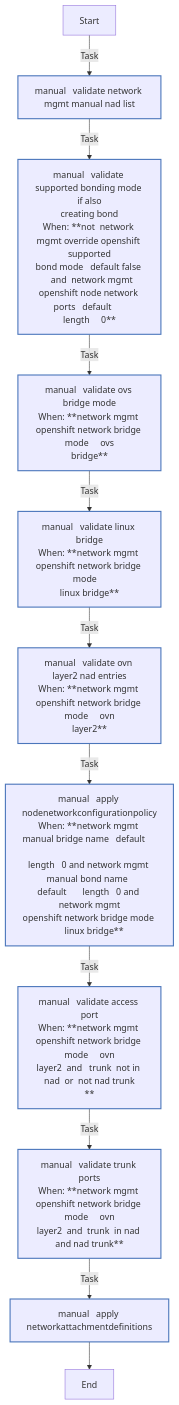
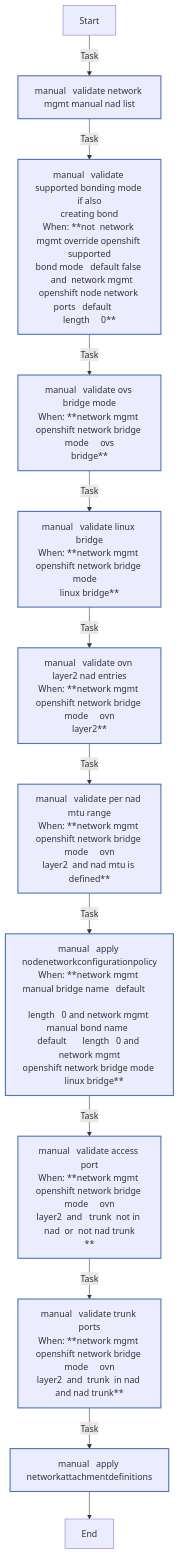
Before and after one commit to redhat-cop/openshift_virtualization_migration: the eighth of 9 diagrams in roles/network_mgmt/README.md, drawn with Mermaid. The commit also changed other lines of this file and 5 other files, not shown here.

Commit message:
feat: nad ovn layer2 mtu (#85)

````diff
--- a/roles/network_mgmt/README.md
+++ b/roles/network_mgmt/README.md
@@ -352,23 +385,24 @@
 ```mermaid
 flowchart TD
 Start
 classDef block stroke:#3498db,stroke-width:2px;
 classDef task stroke:#4b76bb,stroke-width:2px;
 classDef includeTasks stroke:#16a085,stroke-width:2px;
 classDef importTasks stroke:#34495e,stroke-width:2px;
 classDef includeRole stroke:#2980b9,stroke-width:2px;
 classDef importRole stroke:#699ba7,stroke-width:2px;
 classDef includeVars stroke:#8e44ad,stroke-width:2px;
 classDef rescue stroke:#665352,stroke-width:2px;
 
   Start-->|Task| manual___Validate_network_mgmt_manual_nad_list0[manual   validate network mgmt manual nad list]:::task
   manual___Validate_network_mgmt_manual_nad_list0-->|Task| manual___Validate_supported_bonding_mode_if_also_creating_bond1[manual   validate supported bonding mode if also<br>creating bond<br>When: **not  network mgmt override openshift supported<br>bond mode   default false   and  network mgmt<br>openshift node network ports   default      <br>length     0**]:::task
   manual___Validate_supported_bonding_mode_if_also_creating_bond1-->|Task| manual___Validate_ovs_bridge_mode2[manual   validate ovs bridge mode<br>When: **network mgmt openshift network bridge mode     ovs<br>bridge**]:::task
   manual___Validate_ovs_bridge_mode2-->|Task| manual___Validate_linux_bridge3[manual   validate linux bridge<br>When: **network mgmt openshift network bridge mode    <br>linux bridge**]:::task
   manual___Validate_linux_bridge3-->|Task| manual___Validate_ovn_layer2_NAD_entries4[manual   validate ovn layer2 nad entries<br>When: **network mgmt openshift network bridge mode     ovn<br>layer2**]:::task
-  manual___Validate_ovn_layer2_NAD_entries4-->|Task| manual___Apply_NodeNetworkConfigurationPolicy5[manual   apply nodenetworkconfigurationpolicy<br>When: **network mgmt manual bridge name   default      <br>length   0 and network mgmt manual bond name  <br>default       length   0 and network mgmt<br>openshift network bridge mode     linux bridge**]:::task
-  manual___Apply_NodeNetworkConfigurationPolicy5-->|Task| manual___Validate_access_port6[manual   validate access port<br>When: **network mgmt openshift network bridge mode     ovn<br>layer2  and   trunk  not in nad  or  not nad trunk<br>**]:::task
-  manual___Validate_access_port6-->|Task| manual___Validate_trunk_ports7[manual   validate trunk ports<br>When: **network mgmt openshift network bridge mode     ovn<br>layer2  and  trunk  in nad and nad trunk**]:::task
-  manual___Validate_trunk_ports7-->|Task| manual___Apply_NetworkAttachmentDefinitions8[manual   apply networkattachmentdefinitions]:::task
-  manual___Apply_NetworkAttachmentDefinitions8-->End
+  manual___Validate_ovn_layer2_NAD_entries4-->|Task| manual___Validate_per_NAD_MTU_range5[manual   validate per nad mtu range<br>When: **network mgmt openshift network bridge mode     ovn<br>layer2  and nad mtu is defined**]:::task
+  manual___Validate_per_NAD_MTU_range5-->|Task| manual___Apply_NodeNetworkConfigurationPolicy6[manual   apply nodenetworkconfigurationpolicy<br>When: **network mgmt manual bridge name   default      <br>length   0 and network mgmt manual bond name  <br>default       length   0 and network mgmt<br>openshift network bridge mode     linux bridge**]:::task
+  manual___Apply_NodeNetworkConfigurationPolicy6-->|Task| manual___Validate_access_port7[manual   validate access port<br>When: **network mgmt openshift network bridge mode     ovn<br>layer2  and   trunk  not in nad  or  not nad trunk<br>**]:::task
+  manual___Validate_access_port7-->|Task| manual___Validate_trunk_ports8[manual   validate trunk ports<br>When: **network mgmt openshift network bridge mode     ovn<br>layer2  and  trunk  in nad and nad trunk**]:::task
+  manual___Validate_trunk_ports8-->|Task| manual___Apply_NetworkAttachmentDefinitions9[manual   apply networkattachmentdefinitions]:::task
+  manual___Apply_NetworkAttachmentDefinitions9-->End
 ```
````
